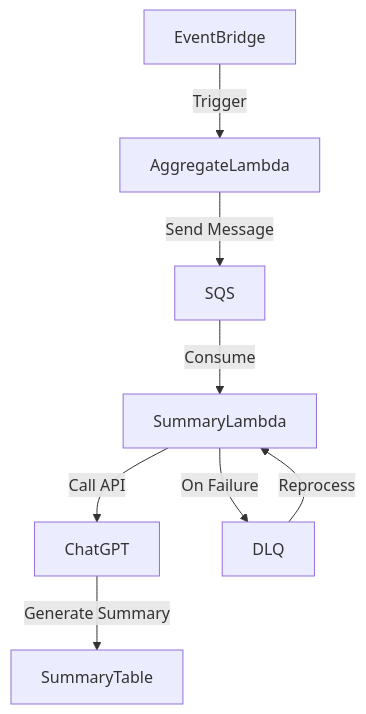
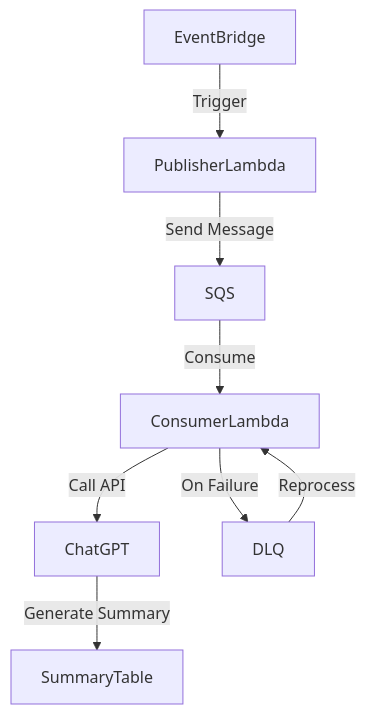
The diagram in docs/system-design.md (boy672820/daylog-webapp), drawn with Mermaid before and after one commit. The commit also changed other lines of this file and 27 other files, not shown here.

````diff
--- a/docs/system-design.md
+++ b/docs/system-design.md
@@ -23,10 +23,10 @@
 ```mermaid
 graph TD;
-    EventBridge -->|Trigger| AggregateLambda
-    AggregateLambda -->|Send Message| SQS
-    SQS -->|Consume| SummaryLambda
-    SummaryLambda -->|Call API| ChatGPT
+    EventBridge -->|Trigger| PublisherLambda
+    PublisherLambda -->|Send Message| SQS
+    SQS -->|Consume| ConsumerLambda
+    ConsumerLambda -->|Call API| ChatGPT
     ChatGPT -->|Generate Summary| SummaryTable
-    SummaryLambda -->|On Failure| DLQ
-    DLQ -->|Reprocess| SummaryLambda
+    ConsumerLambda -->|On Failure| DLQ
+    DLQ -->|Reprocess| ConsumerLambda
 ```
````
